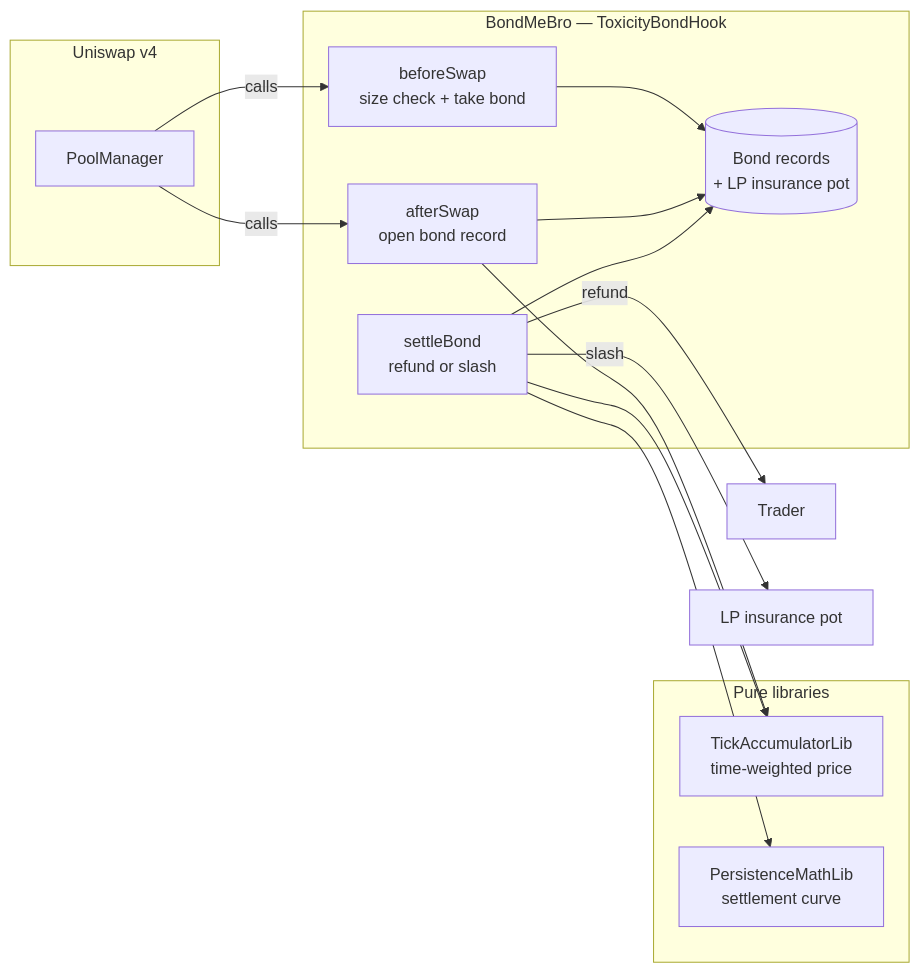
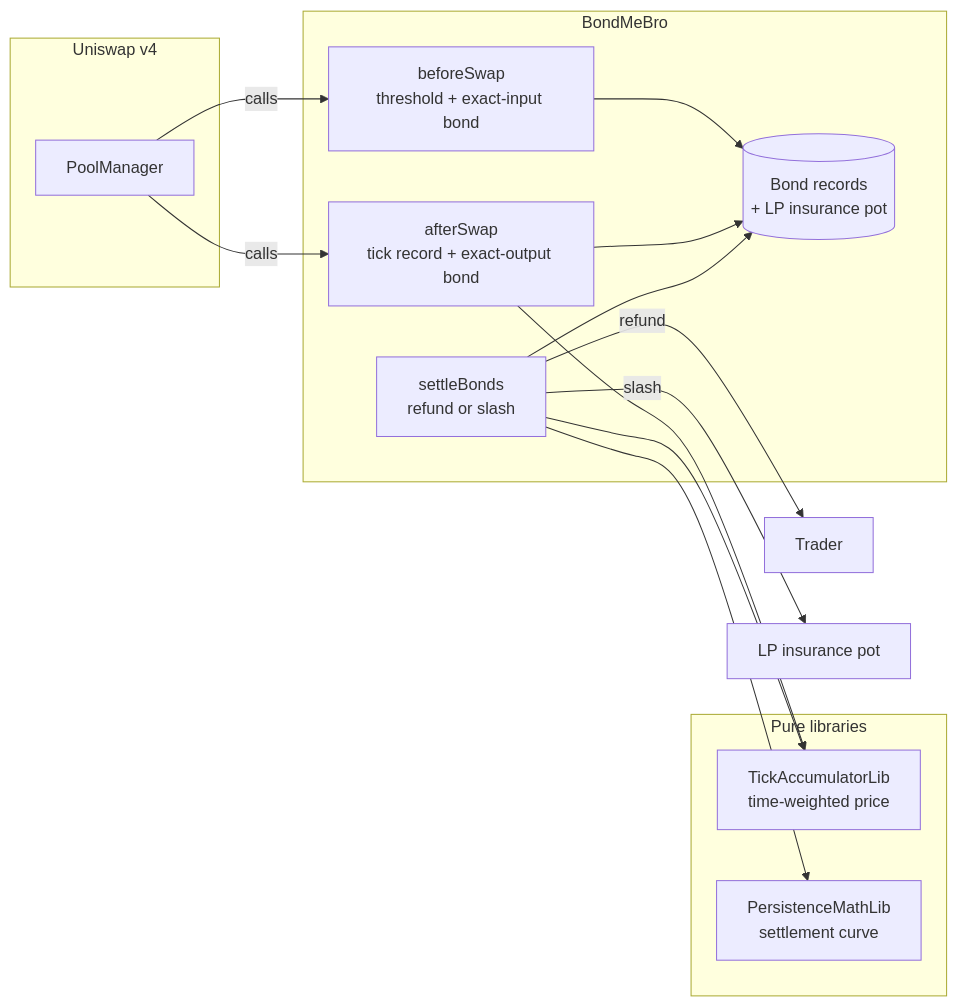
The second of 2 diagrams in README.md (Maheshsiddu29/BondMeBro), drawn with Mermaid before and after one commit. The commit also changed other lines of this file and 30 other files, not shown here.

````diff
--- a/README.md
+++ b/README.md
@@ -81,29 +83,29 @@
 ```mermaid
 flowchart LR
     subgraph Uniswap["Uniswap v4"]
         PM[PoolManager]
     end
 
-    subgraph Hook["BondMeBro — ToxicityBondHook"]
-        BS[beforeSwap<br/>size check + take bond]
-        AS[afterSwap<br/>open bond record]
-        SB[settleBond<br/>refund or slash]
+    subgraph Hook["BondMeBro"]
+        BS[beforeSwap<br/>threshold + exact-input bond]
+        AS[afterSwap<br/>tick record + exact-output bond]
+        SB[settleBonds<br/>refund or slash]
         ST[(Bond records<br/>+ LP insurance pot)]
     end
 
     subgraph Libs["Pure libraries"]
         TAL[TickAccumulatorLib<br/>time-weighted price]
         PML[PersistenceMathLib<br/>settlement curve]
     end
 
     PM -->|calls| BS
     PM -->|calls| AS
     BS --> ST
     AS --> ST
     AS --> TAL
     SB --> ST
     SB --> TAL
     SB --> PML
     SB -->|refund| Trader
     SB -->|slash| LPs[LP insurance pot]
 ```
````
